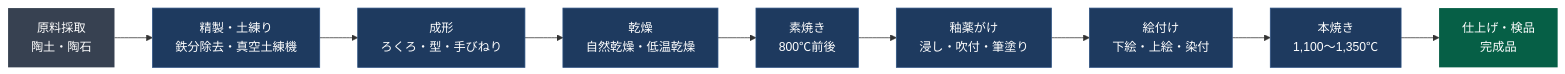
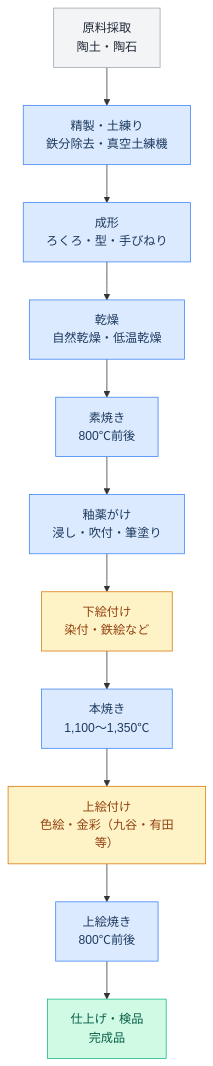
One commit to nanjakorewa/GeoGuessrTips changed the diagram in src/content/industry/japan-pottery/_index.ja.md. Above: the diagram before and after it, drawn with Mermaid. The commit also changed other lines of this file and 6 other files, not shown here.

```diff
--- a/src/content/industry/japan-pottery/_index.ja.md
+++ b/src/content/industry/japan-pottery/_index.ja.md
@@ -149,20 +149,24 @@
 {{% mermaid %}}
-graph LR
+graph TB
   A["原料採取<br/>陶土・陶石"]-->B["精製・土練り<br/>鉄分除去・真空土練機"]
   B-->C["成形<br/>ろくろ・型・手びねり"]
   C-->D["乾燥<br/>自然乾燥・低温乾燥"]
   D-->E["素焼き<br/>800℃前後"]
   E-->F["釉薬がけ<br/>浸し・吹付・筆塗り"]
-  F-->G["絵付け<br/>下絵・上絵・染付"]
+  F-->G["下絵付け<br/>染付・鉄絵など"]
   G-->H["本焼き<br/>1,100〜1,350℃"]
-  H-->I["仕上げ・検品<br/>完成品"]
-  style A fill:#374151,color:#fff,stroke:none
-  style B fill:#1e3a5f,color:#fff,stroke:#2d5282
-  style C fill:#1e3a5f,color:#fff,stroke:#2d5282
-  style D fill:#1e3a5f,color:#fff,stroke:#2d5282
-  style E fill:#1e3a5f,color:#fff,stroke:#2d5282
-  style F fill:#1e3a5f,color:#fff,stroke:#2d5282
-  style G fill:#1e3a5f,color:#fff,stroke:#2d5282
-  style H fill:#1e3a5f,color:#fff,stroke:#2d5282
-  style I fill:#065f46,color:#fff,stroke:none
+  H-->I["上絵付け<br/>色絵・金彩（九谷・有田等）"]
+  I-->J["上絵焼き<br/>800℃前後"]
+  J-->K["仕上げ・検品<br/>完成品"]
+  style A fill:#f3f4f6,color:#1f2937,stroke:#9ca3af
+  style B fill:#dbeafe,color:#1e3a5f,stroke:#3b82f6
+  style C fill:#dbeafe,color:#1e3a5f,stroke:#3b82f6
+  style D fill:#dbeafe,color:#1e3a5f,stroke:#3b82f6
+  style E fill:#dbeafe,color:#1e3a5f,stroke:#3b82f6
+  style F fill:#dbeafe,color:#1e3a5f,stroke:#3b82f6
+  style G fill:#fef3c7,color:#92400e,stroke:#d97706
+  style H fill:#dbeafe,color:#1e3a5f,stroke:#3b82f6
+  style I fill:#fef3c7,color:#92400e,stroke:#d97706
+  style J fill:#dbeafe,color:#1e3a5f,stroke:#3b82f6
+  style K fill:#d1fae5,color:#065f46,stroke:#10b981
 {{% /mermaid %}}
```
